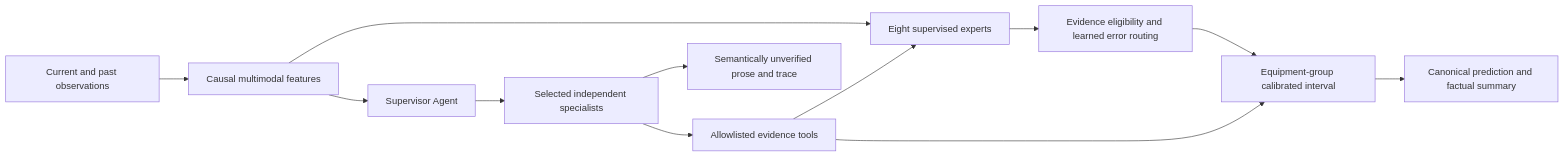
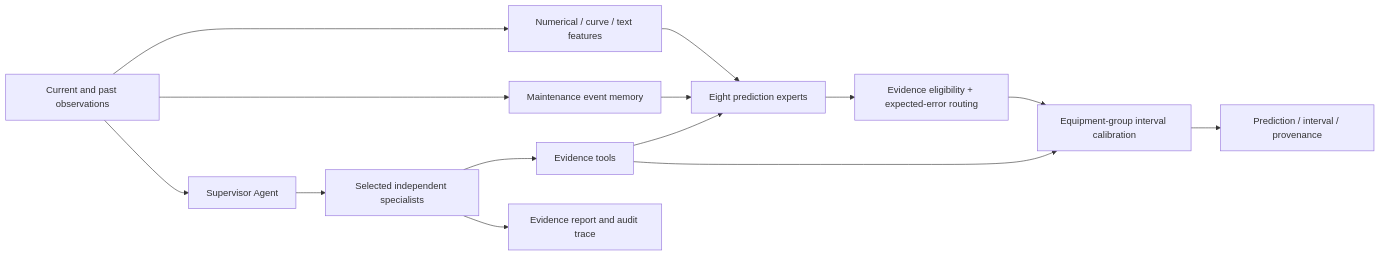
One commit to 13536309143/mera-phm changed the diagram in README.md. Above: the diagram before and after it, drawn with Mermaid. The commit also changed other lines of this file and 73 other files, not shown here.

````diff
--- a/README.md
+++ b/README.md
@@ -44,14 +30,16 @@
 ```mermaid
 flowchart LR
-    D[Current and past observations] --> C[Causal multimodal features]
-    C --> E[Eight supervised experts]
-    E --> G[Evidence eligibility and learned error routing]
-    G --> U[Equipment-group calibrated interval]
-    U --> R[Canonical prediction and factual summary]
-    C --> S[Supervisor Agent]
+    D[Current and past observations] --> F[Numerical / curve / text features]
+    D --> M[Maintenance event memory]
+    F --> E[Eight prediction experts]
+    M --> E
+    E --> G[Evidence eligibility + expected-error routing]
+    G --> C[Equipment-group interval calibration]
+    C --> O[Prediction / interval / provenance]
+    D --> S[Supervisor Agent]
     S --> A[Selected independent specialists]
-    A --> T[Allowlisted evidence tools]
+    A --> T[Evidence tools]
     T --> E
-    T --> U
-    A --> P[Semantically unverified prose and trace]
+    T --> C
+    A --> R[Evidence report and audit trace]
 ```
````
